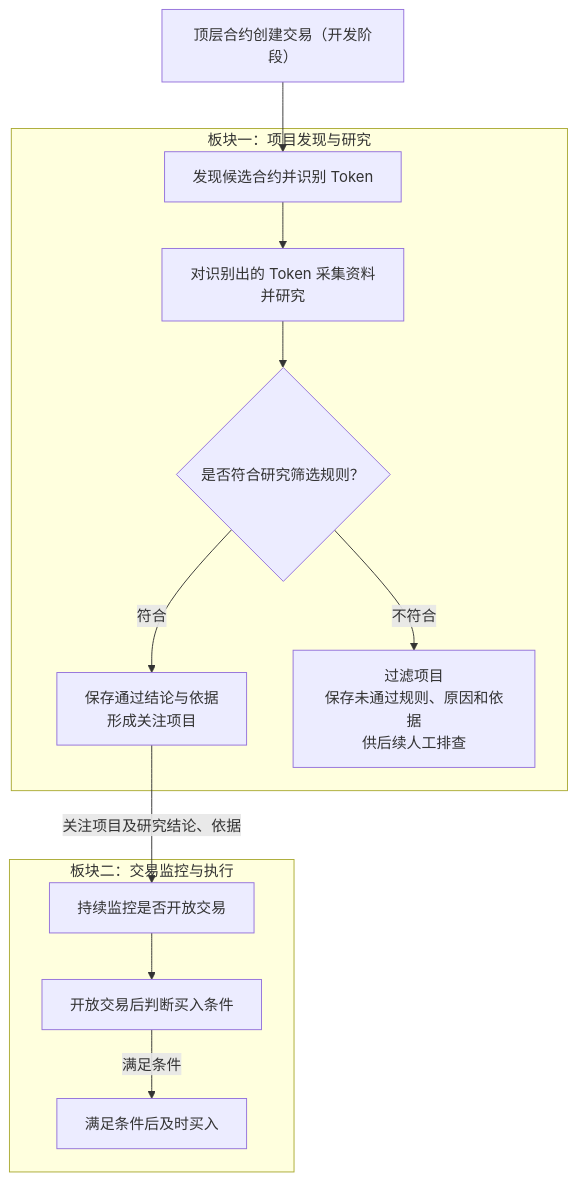
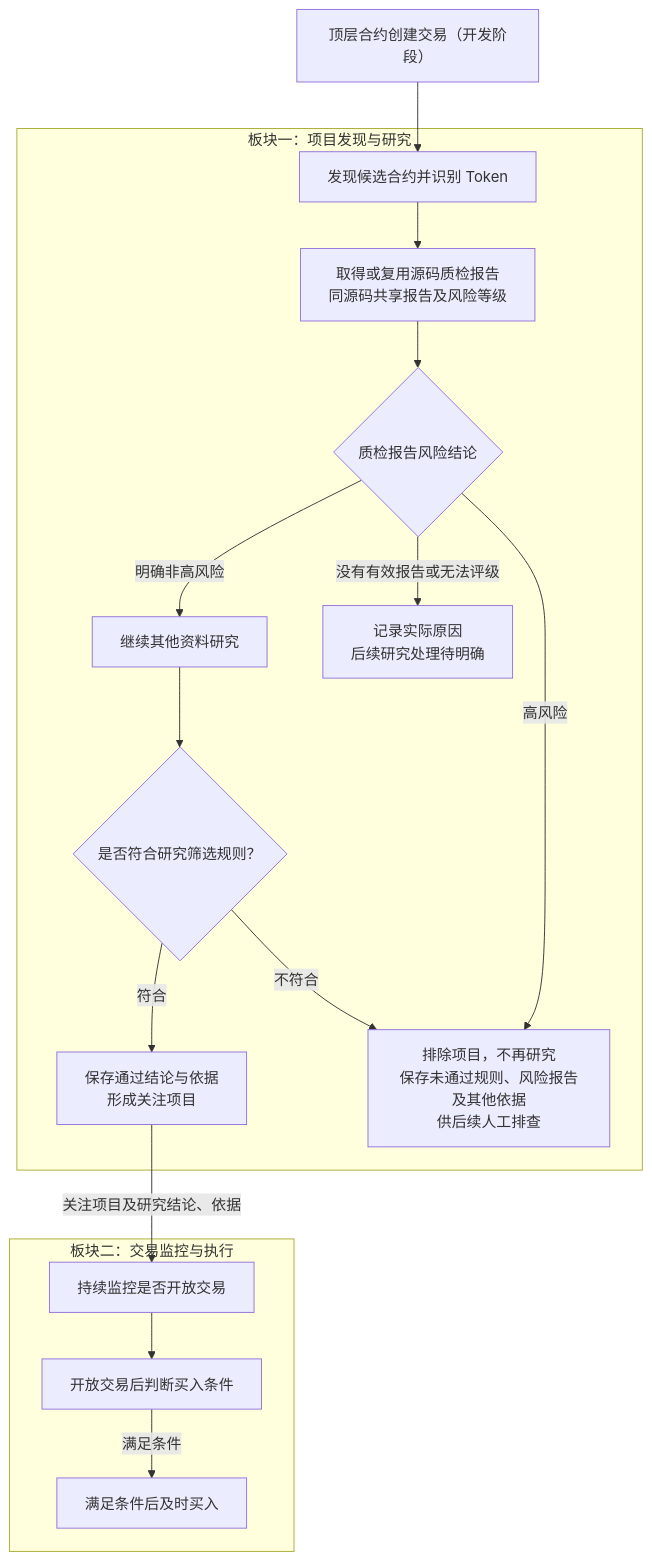
The diagram in docs/project/token-overall-flow.md (useryege/athena-o), drawn with Mermaid before and after one commit. The commit also changed other lines of this file and 7 other files, not shown here.

````diff
--- a/docs/project/token-overall-flow.md
+++ b/docs/project/token-overall-flow.md
@@ -11,23 +11,29 @@
 ```mermaid
 flowchart TD
     deployed["顶层合约创建交易（开发阶段）"]
     subgraph research["板块一：项目发现与研究"]
         discover["发现候选合约并识别 Token"]
-        investigate["对识别出的 Token 采集资料并研究"]
+        review["取得或复用源码质检报告<br/>同源码共享报告及风险等级"]
+        risk{"质检报告风险结论"}
+        investigate["继续其他资料研究"]
         select{"是否符合研究筛选规则？"}
         selected["保存通过结论与依据<br/>形成关注项目"]
-        filtered["过滤项目<br/>保存未通过规则、原因和依据<br/>供后续人工排查"]
-        discover --> investigate --> select
+        filtered["排除项目，不再研究<br/>保存未通过规则、风险报告及其他依据<br/>供后续人工排查"]
+        discover --> review --> risk
+        risk -->|高风险| filtered
+        risk -->|明确非高风险| investigate
+        risk -->|没有有效报告或无法评级| unresolved["记录实际原因<br/>后续研究处理待明确"]
+        investigate --> select
         select -->|符合| selected
         select -->|不符合| filtered
     end
     subgraph execution["板块二：交易监控与执行"]
         monitor["持续监控是否开放交易"]
         conditions["开放交易后判断买入条件"]
         buy["满足条件后及时买入"]
         monitor --> conditions
         conditions -->|满足条件| buy
     end
     deployed --> discover
     selected -->|关注项目及研究结论、依据| monitor
 ```
````
